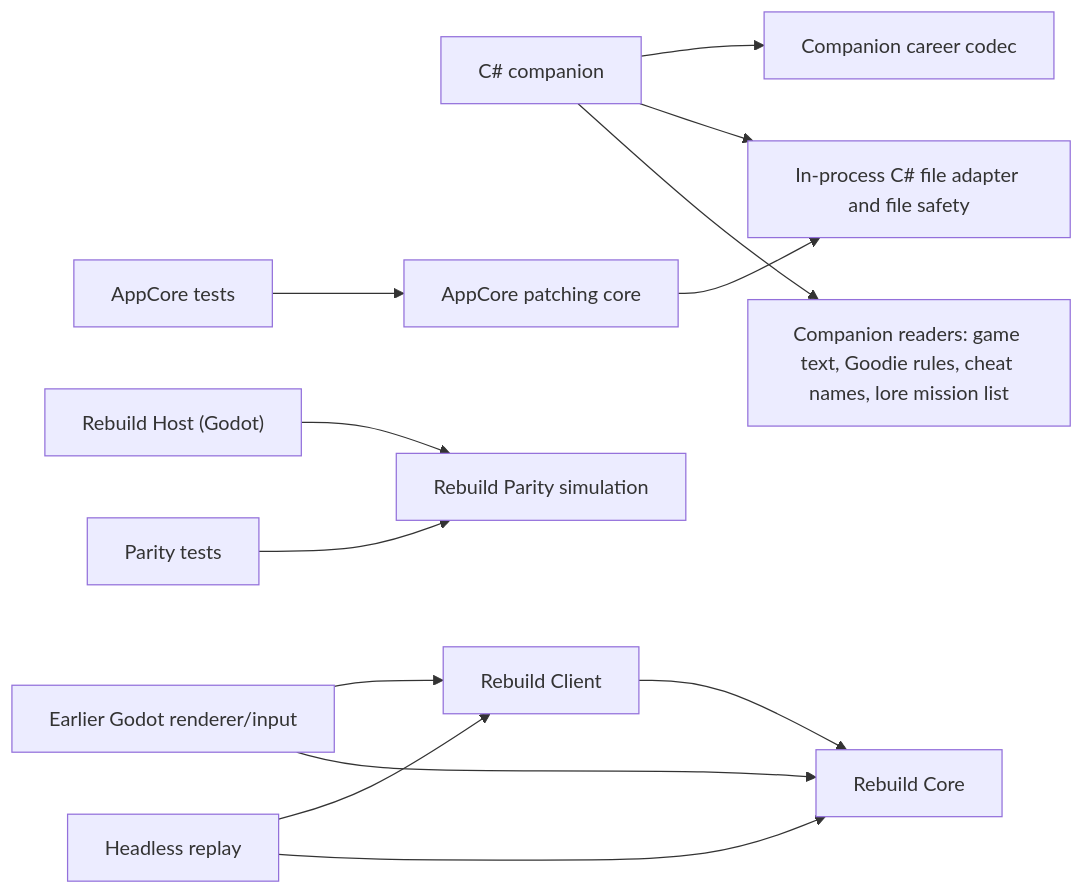
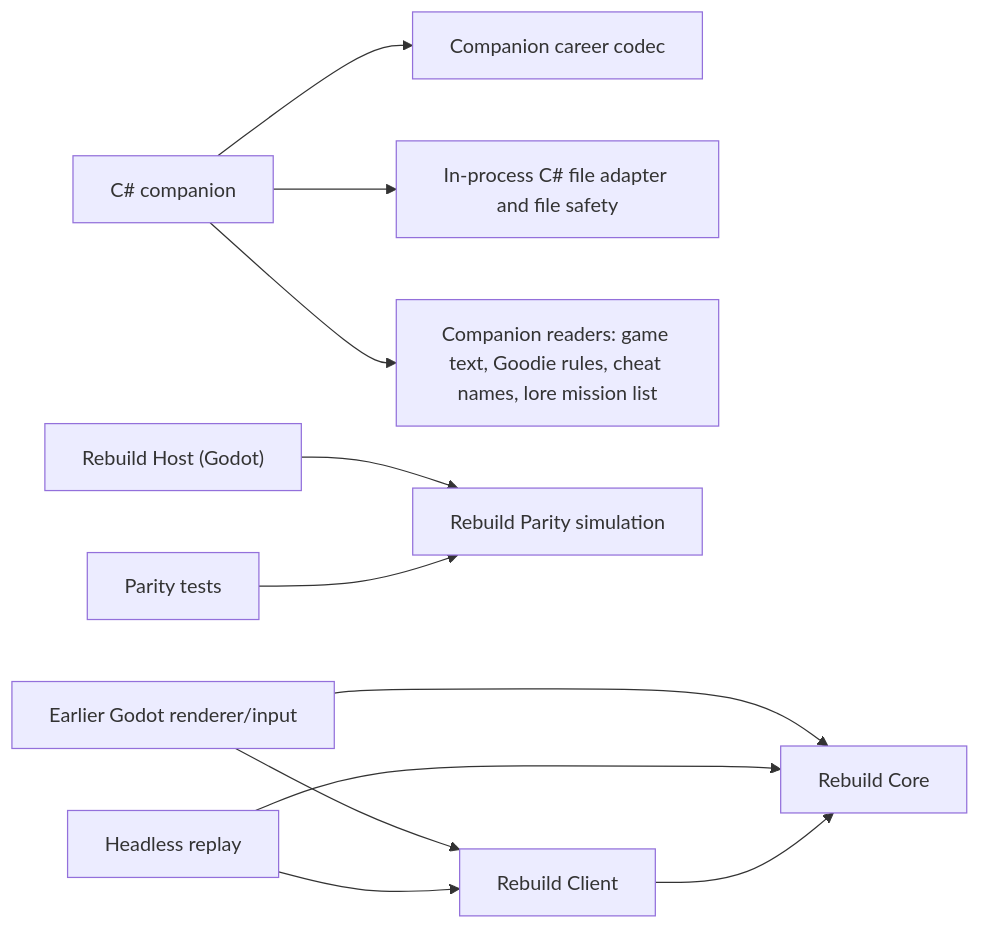
One commit to dlprentice/Onslaught-Career-Editor changed the diagram in PROJECT-INDEX.md. Above: the diagram before and after it, drawn with Mermaid. The commit also changed other lines of this file and 90 other files, not shown here.

````diff
--- a/PROJECT-INDEX.md
+++ b/PROJECT-INDEX.md
@@ -20,15 +20,13 @@
 ```mermaid
 flowchart LR
     T["C# companion"] --> D["Companion career codec"]
     T --> B["In-process C# file adapter and file safety"]
     T --> L["Companion readers: game text, Goodie rules, cheat names, lore mission list"]
-    A["AppCore patching core"] --> B
-    AT["AppCore tests"] --> A
     HO["Rebuild Host (Godot)"] --> P["Rebuild Parity simulation"]
     PT["Parity tests"] --> P
     G["Earlier Godot renderer/input"] --> RC["Rebuild Client"]
     G --> RCore["Rebuild Core"]
     H["Headless replay"] --> RC
     H --> RCore
     RC --> RCore
 ```
````
